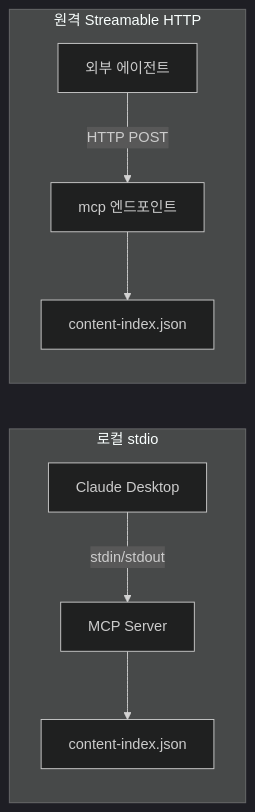
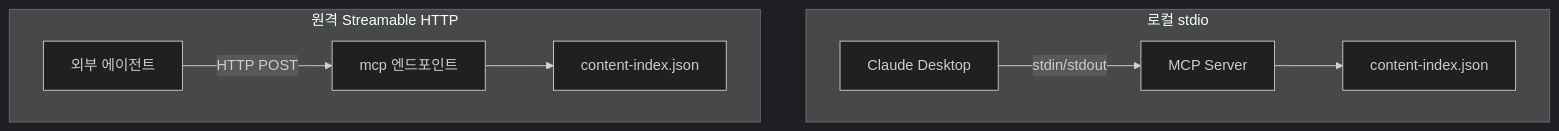
The diagram in src/content/blog/mcp-on-personal-blog.md (bborok1234/mirlim.blog), drawn with Mermaid (dark theme) before and after one commit. The commit also changed 4 other files, not shown here.

First line of the commit message:
style: mermaid 다이어그램 전면 개선

````diff
--- a/src/content/blog/mcp-on-personal-blog.md
+++ b/src/content/blog/mcp-on-personal-blog.md
@@ -60,11 +60,13 @@
 ```mermaid
-graph LR
+graph TD
   subgraph LOCAL["로컬 stdio"]
+    direction LR
     C1["Claude Desktop"] -->|"stdin/stdout"| S1["MCP Server"]
     S1 --> D1["content-index.json"]
   end
   subgraph REMOTE["원격 Streamable HTTP"]
+    direction LR
     C2["외부 에이전트"] -->|"HTTP POST"| S2["mcp 엔드포인트"]
     S2 --> D2["content-index.json"]
   end
 ```
````
